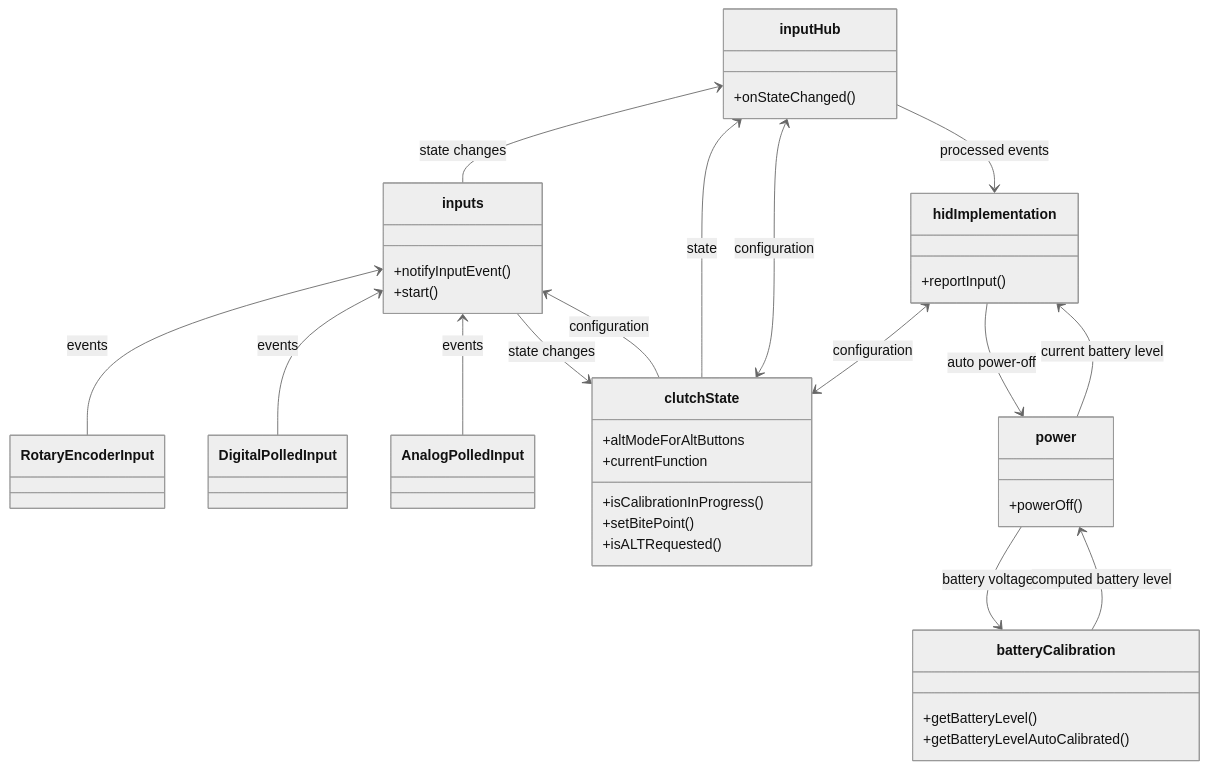
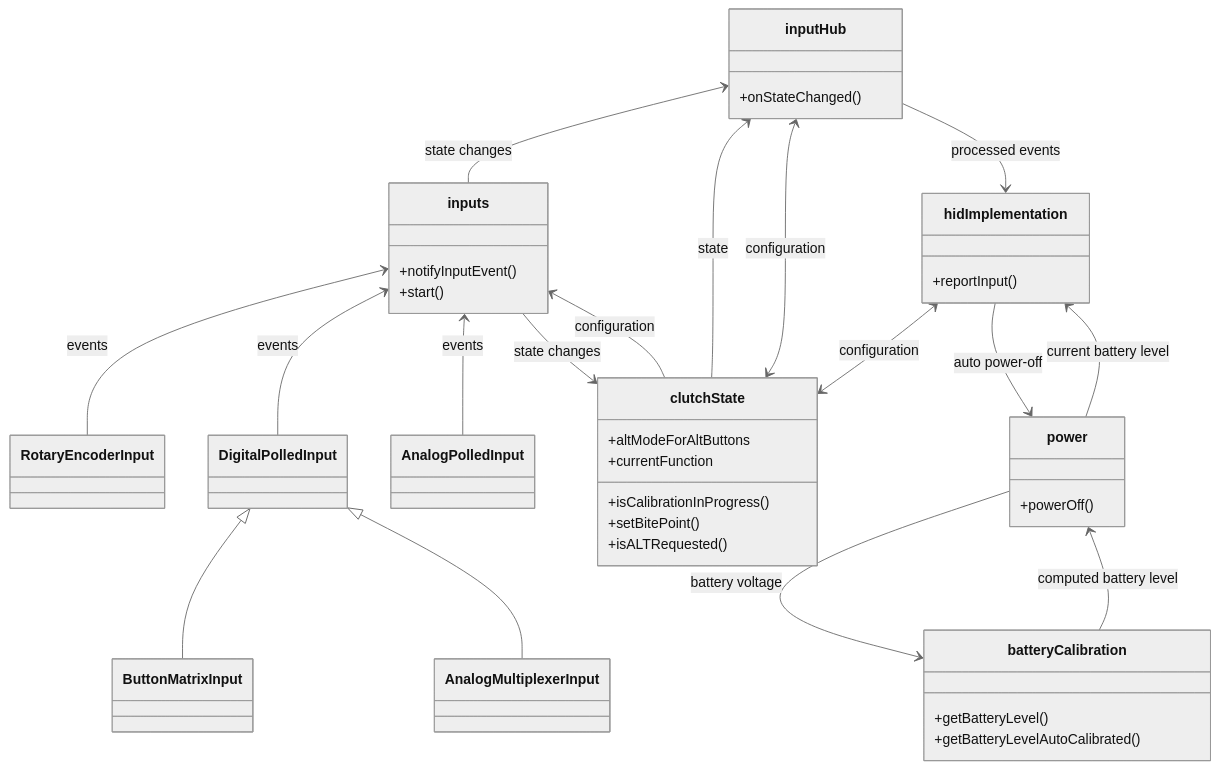
Before and after one commit to afpineda/OpenSourceSimWheelESP32: the first of 3 diagrams in doc/firmware/FirmwareArchitecture_en.md, drawn with Mermaid (neutral theme). The commit also changed other lines of this file and 22 other files, not shown here.

````diff
--- a/doc/firmware/FirmwareArchitecture_en.md
+++ b/doc/firmware/FirmwareArchitecture_en.md
@@ -38,42 +39,44 @@
 ```mermaid
 classDiagram
     class RotaryEncoderInput 
     class inputs { 
       +notifyInputEvent()
       +start()
     }
     class inputHub {
       +onStateChanged()
     }
     class clutchState {
       +isCalibrationInProgress()
       +setBitePoint()
       +isALTRequested()
       +altModeForAltButtons
       +currentFunction
     }
     class hidImplementation {
       +reportInput()
     }
     class power {
       +powerOff()
     }
     class batteryCalibration {
       +getBatteryLevel()
       +getBatteryLevelAutoCalibrated()
     }
     inputHub <-- inputs: state changes
     inputs <-- RotaryEncoderInput: events
     inputs <-- DigitalPolledInput: events
     inputs <-- AnalogPolledInput: events
     inputs --> clutchState: state changes
     inputs <-- clutchState: configuration
+    DigitalPolledInput <|-- ButtonMatrixInput
+    DigitalPolledInput <|-- AnalogMultiplexerInput
     inputHub <-- clutchState: state
     inputHub <--> clutchState: configuration
     inputHub --> hidImplementation: processed events
     hidImplementation <--> clutchState: configuration
     hidImplementation --> power: auto power-off 
     hidImplementation <-- power: current battery level
     power --> batteryCalibration: battery voltage
     power <-- batteryCalibration: computed battery level
 ```
````
